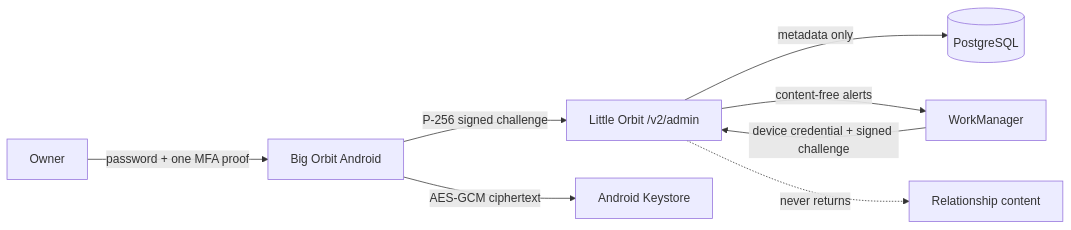
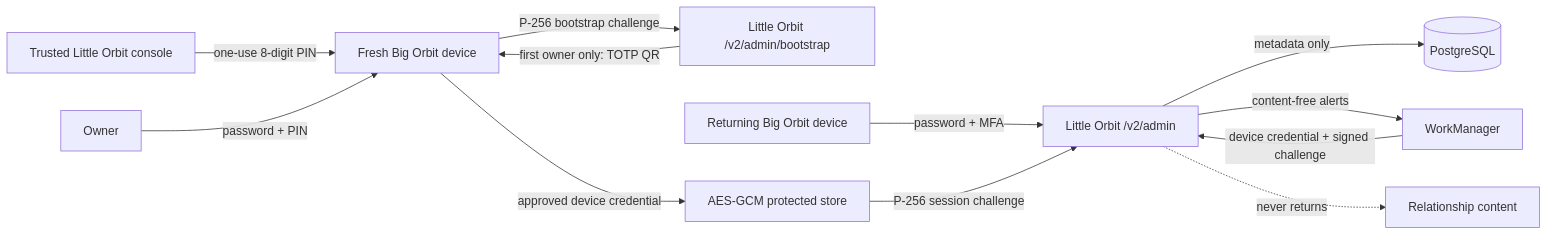
Before and after one commit to Captainpax/big-orbit: the diagram in docs/ARCHITECTURE.md, drawn with Mermaid. The commit also changed other lines of this file and 32 other files, not shown here.

````diff
--- a/docs/ARCHITECTURE.md
+++ b/docs/ARCHITECTURE.md
@@ -3,10 +3,14 @@
 ```mermaid
 flowchart LR
-    Owner[Owner] -->|password + one MFA proof| App[Big Orbit Android]
-    App -->|P-256 signed challenge| API[Little Orbit /v2/admin]
-    App -->|AES-GCM ciphertext| KS[Android Keystore]
-    API -->|metadata only| DB[(PostgreSQL)]
-    Poll[WorkManager] -->|device credential + signed challenge| API
-    API -->|content-free alerts| Poll
-    API -. never returns .-> Private[Relationship content]
+    Console[Trusted Little Orbit console] -->|one-use 8-digit PIN| Fresh[Fresh Big Orbit device]
+    Owner[Owner] -->|password + PIN| Fresh
+    Fresh -->|P-256 bootstrap challenge| API[Little Orbit /v2/admin/bootstrap]
+    API -->|first owner only: TOTP QR| Fresh
+    Fresh -->|approved device credential| Store[AES-GCM protected store]
+    Returning[Returning Big Orbit device] -->|password + MFA| API2[Little Orbit /v2/admin]
+    Store -->|P-256 session challenge| API2
+    API2 -->|metadata only| DB[(PostgreSQL)]
+    Poll[WorkManager] -->|device credential + signed challenge| API2
+    API2 -->|content-free alerts| Poll
+    API2 -. never returns .-> Private[Relationship content]
 ```
````
